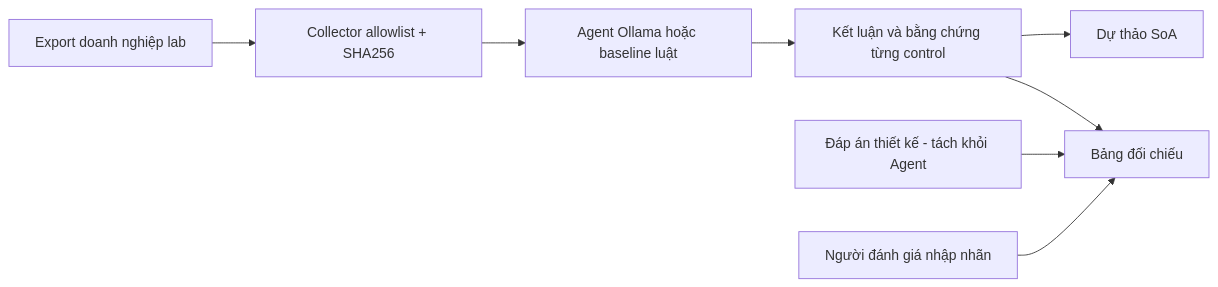
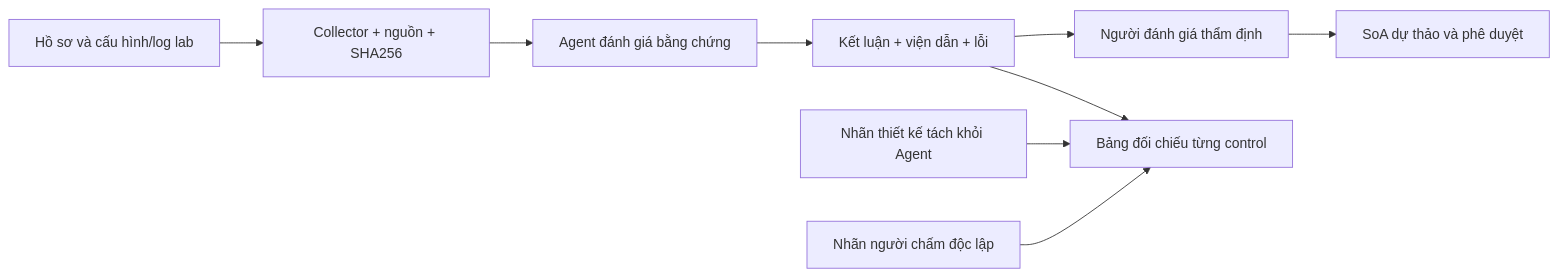
Before and after one commit to ToanTranVan03/ISO27001-AI-Agent: the diagram in README.md, drawn with Mermaid. The commit also changed other lines of this file and 173 other files, not shown here.

Commit message:
Hoàn thiện đánh giá tuân thủ, bổ sung bằng chứng live và dọn mã demo cũ

````diff
--- a/README.md
+++ b/README.md
@@ -25,10 +25,11 @@
 ```mermaid
 flowchart LR
-    E[Export doanh nghiệp lab] --> C[Collector allowlist + SHA256]
-    C --> A[Agent Ollama hoặc baseline luật]
-    A --> R[Kết luận và bằng chứng từng control]
-    R --> S[Dự thảo SoA]
-    R --> B[Bảng đối chiếu]
-    D[Đáp án thiết kế - tách khỏi Agent] --> B
-    H[Người đánh giá nhập nhãn] --> B
+    E[Hồ sơ và cấu hình/log lab] --> C[Collector + nguồn + SHA256]
+    C --> A[Agent đánh giá bằng chứng]
+    A --> R[Kết luận + viện dẫn + lỗi]
+    R --> H[Người đánh giá thẩm định]
+    H --> S[SoA dự thảo và phê duyệt]
+    R --> B[Bảng đối chiếu từng control]
+    T[Nhãn thiết kế tách khỏi Agent] --> B
+    U[Nhãn người chấm độc lập] --> B
 ```
````
